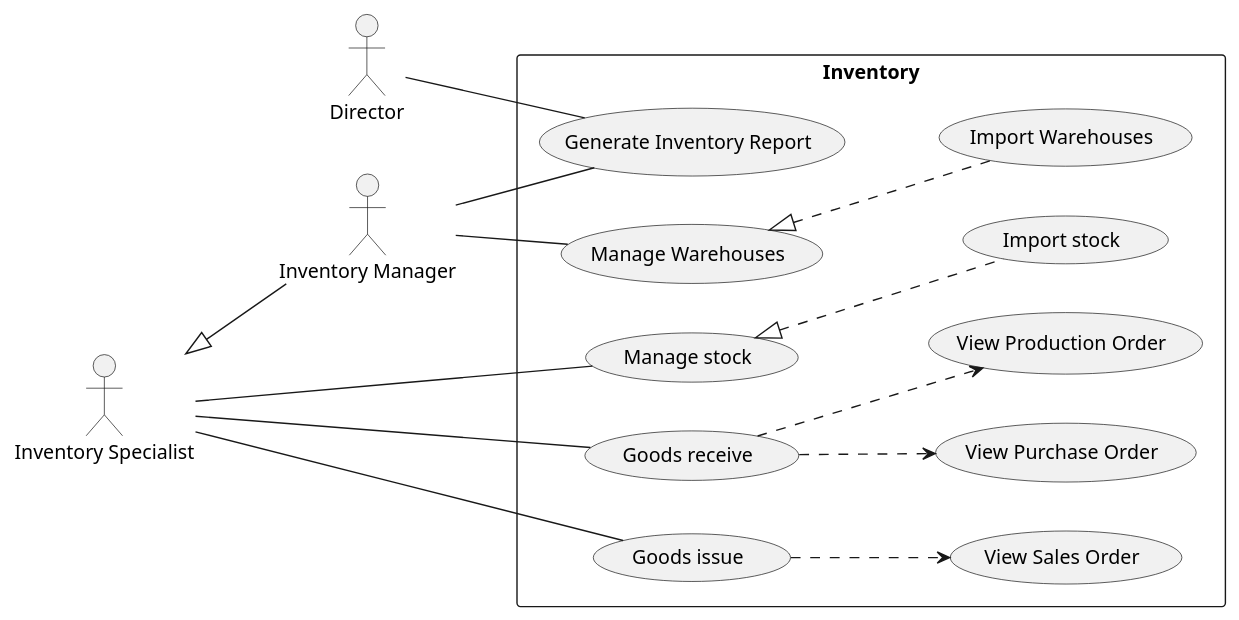
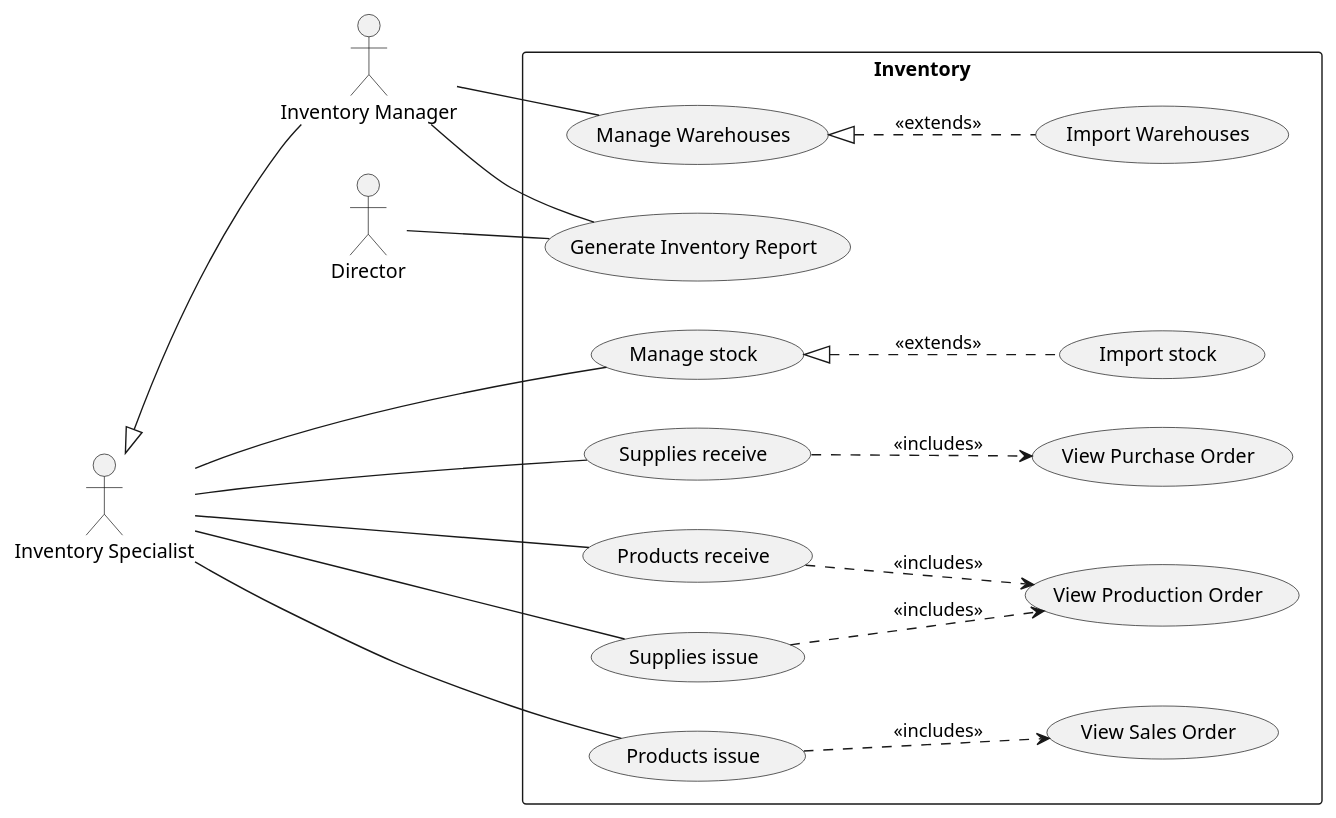
Before and after one commit to phihungha/scmss-reqs: the diagram in use-cases/inventory.plantuml, drawn with PlantUML. The commit also changed 9 other files, not shown here.

```diff
--- a/use-cases/inventory.plantuml
+++ b/use-cases/inventory.plantuml
@@ -1,26 +1,29 @@
 @startuml inventory
 left to right direction
 
 :Director: as d
 
 :Inventory Manager: as im
 :Inventory Specialist: as is
 is <|-- im
 
 rectangle Inventory {
     is -- (Manage stock)
-    (Manage stock) <|.. (Import stock)
+    (Manage stock) <|.. (Import stock) : <<extends>>
 
-    is -- (Goods receive)
-    (Goods receive) ..> (View Purchase Order)
-    (Goods receive) ..> (View Production Order)
+    is -- (Supplies receive)
+    (Supplies receive) ..> (View Purchase Order) : <<includes>>
+    is -- (Products receive)
+    (Products receive) ..> (View Production Order) : <<includes>>
 
-    is -- (Goods issue)
-    (Goods issue) ..> (View Sales Order)
+    is -- (Supplies issue)
+    (Supplies issue) ..> (View Production Order) : <<includes>>
+    is -- (Products issue)
+    (Products issue) ..> (View Sales Order) : <<includes>>
 
     im -- (Manage Warehouses)
-    (Manage Warehouses) <|.. (Import Warehouses)
+    (Manage Warehouses) <|.. (Import Warehouses) : <<extends>>
     im -- (Generate Inventory Report)
     d -- (Generate Inventory Report)
 }
 @enduml
```
